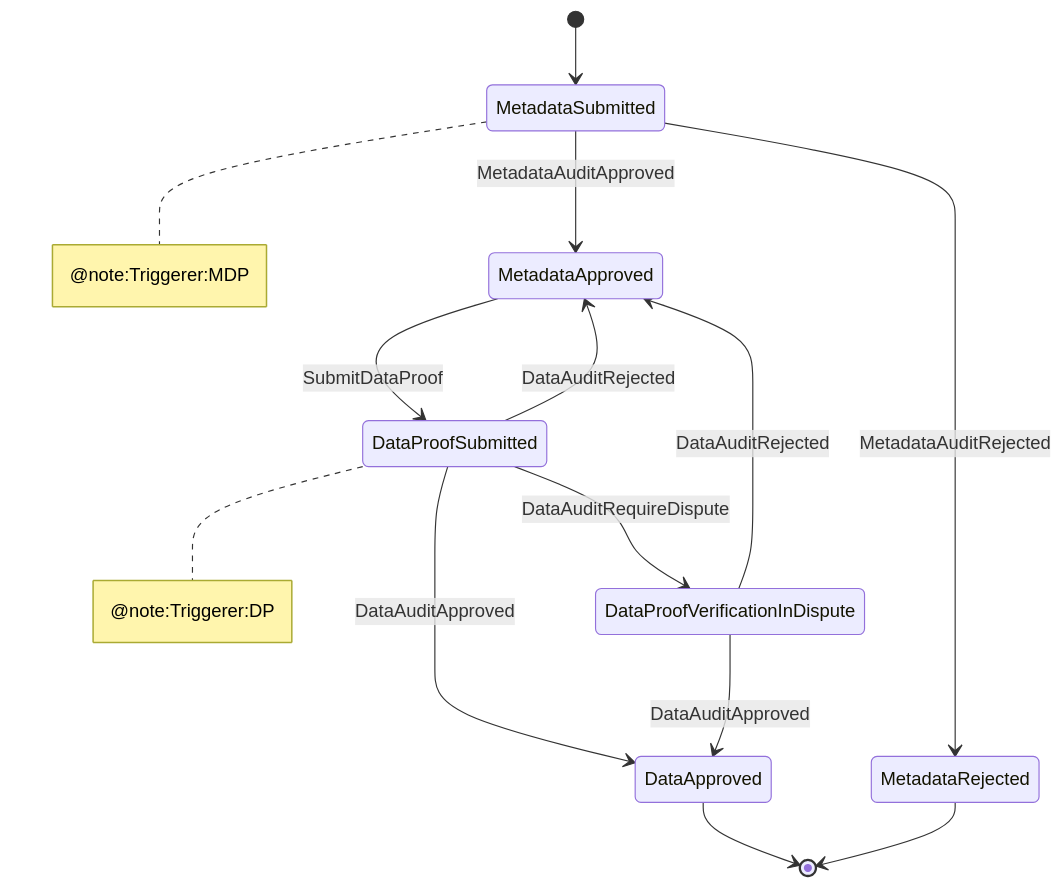
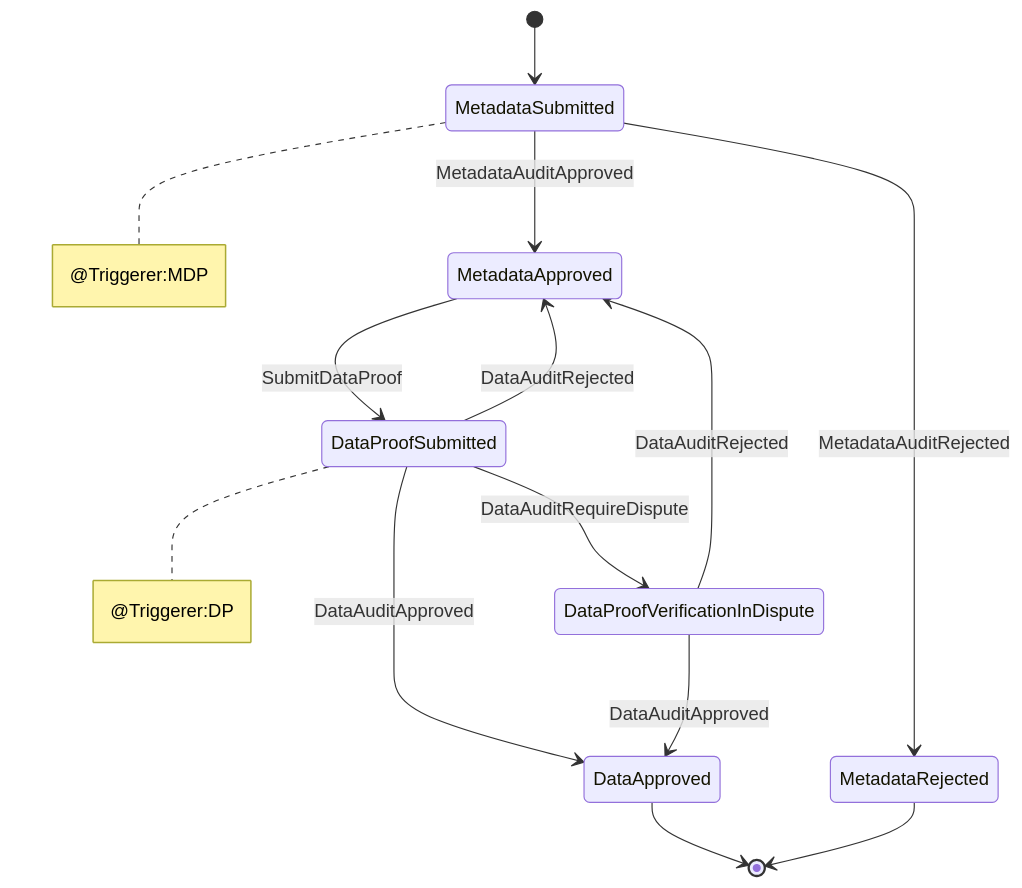
Before and after one commit to dataswap/specs: the diagram in systems/README.md, drawn with Mermaid.

Commit message:
rename MDR->MDA and DR->DA

````diff
--- a/systems/README.md
+++ b/systems/README.md
@@ -74,21 +74,21 @@
 ```mermaid
 stateDiagram
     [*] --> MetadataSubmitted
     MetadataSubmitted --> MetadataApproved:MetadataAuditApproved
     MetadataSubmitted --> MetadataRejected:MetadataAuditRejected
     MetadataApproved --> DataProofSubmitted:SubmitDataProof
     DataProofSubmitted --> DataApproved:DataAuditApproved
     DataProofSubmitted --> MetadataApproved:DataAuditRejected
     DataProofSubmitted --> DataProofVerificationInDispute:DataAuditRequireDispute
     DataProofVerificationInDispute --> DataApproved:DataAuditApproved
     DataProofVerificationInDispute --> MetadataApproved:DataAuditRejected
     DataApproved -->[*]
     MetadataRejected -->[*]
 
     note right of MetadataSubmitted
-      @note:Triggerer:MDP
+      @Triggerer:MDP
     end note
     note right of DataProofSubmitted
-      @note:Triggerer:DP
+      @Triggerer:DP
     end note
 ```
````
